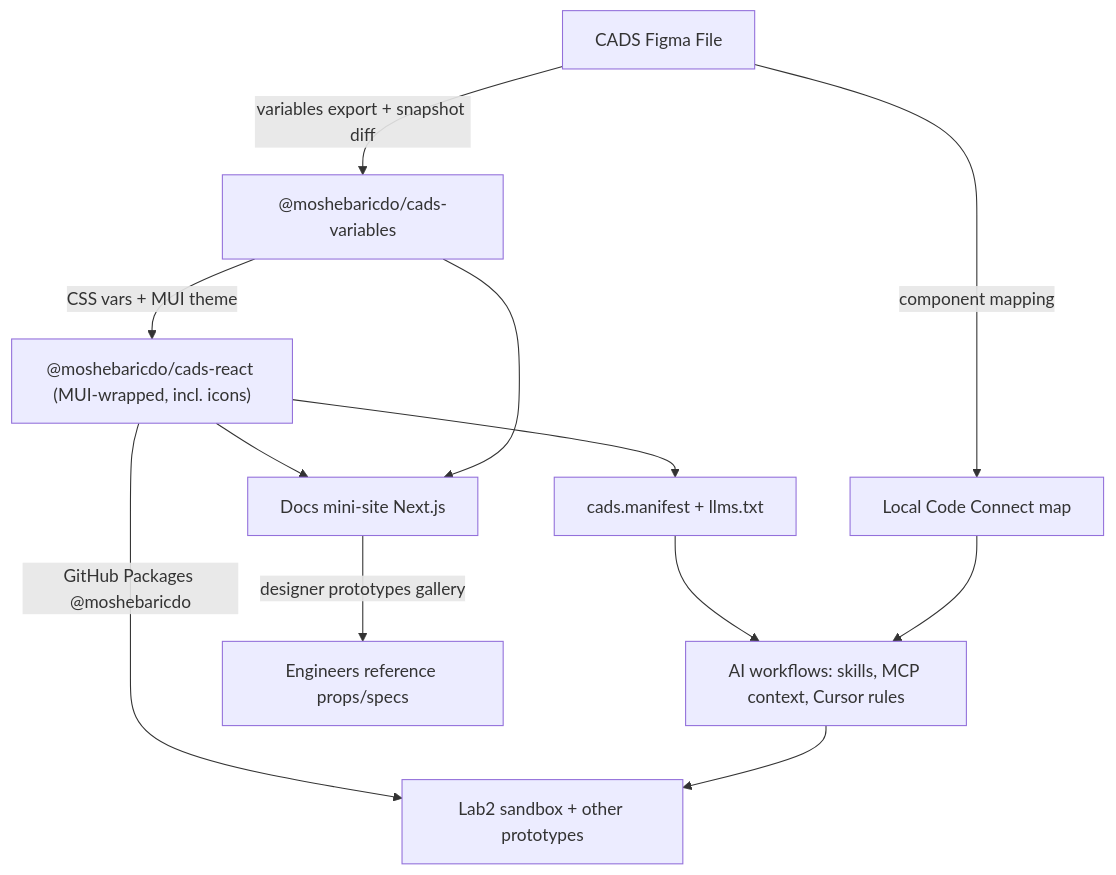
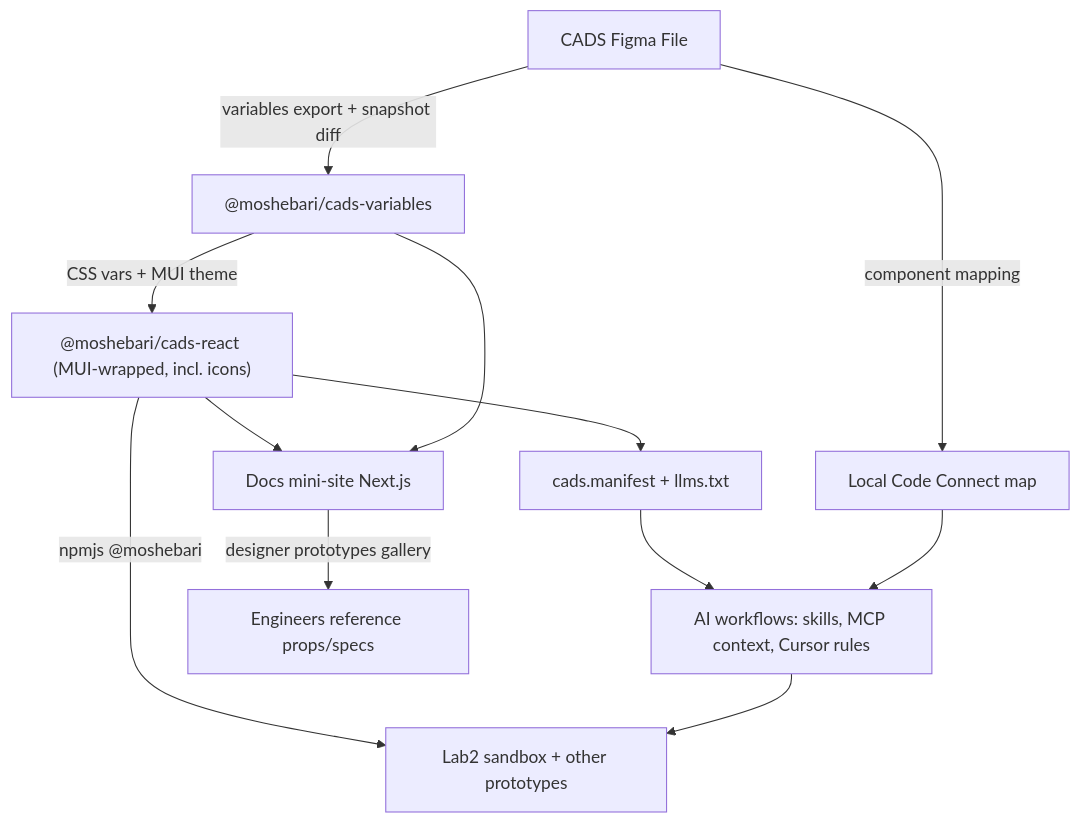
The diagram in docs/PLATFORM_PLAN.md (moshebaricdo/cads), drawn with Mermaid before and after one commit. The commit also changed other lines of this file and 240 other files, not shown here.

First line of the commit message:
Publish @moshebari/cads-* to public npm so consumers can install without a GitHub PAT.

````diff
--- a/docs/PLATFORM_PLAN.md
+++ b/docs/PLATFORM_PLAN.md
@@ -17,14 +17,14 @@
 ```mermaid
 flowchart TD
-    figma[CADS Figma File] -->|variables export + snapshot diff| varsPkg["@moshebaricdo/cads-variables"]
+    figma[CADS Figma File] -->|variables export + snapshot diff| varsPkg["@moshebari/cads-variables"]
     figma -->|component mapping| ccMap[Local Code Connect map]
-    varsPkg -->|CSS vars + MUI theme| reactPkg["@moshebaricdo/cads-react (MUI-wrapped, incl. icons)"]
+    varsPkg -->|CSS vars + MUI theme| reactPkg["@moshebari/cads-react (MUI-wrapped, incl. icons)"]
     reactPkg --> manifest["cads.manifest + llms.txt"]
     reactPkg --> docsSite[Docs mini-site Next.js]
     varsPkg --> docsSite
     manifest --> aiLayer[AI workflows: skills, MCP context, Cursor rules]
     ccMap --> aiLayer
-    reactPkg -->|GitHub Packages @moshebaricdo| sandbox[Lab2 sandbox + other prototypes]
+    reactPkg -->|npmjs @moshebari| sandbox[Lab2 sandbox + other prototypes]
     aiLayer --> sandbox
     docsSite -->|designer prototypes gallery| engineers[Engineers reference props/specs]
 ```
````
